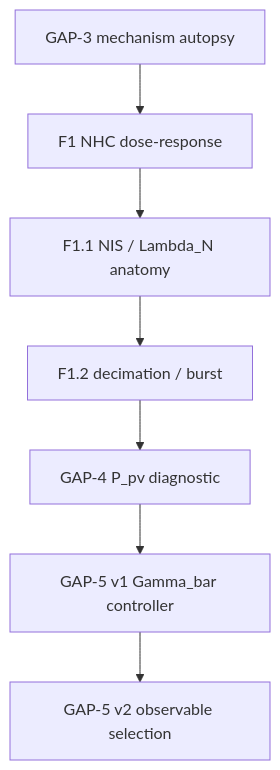
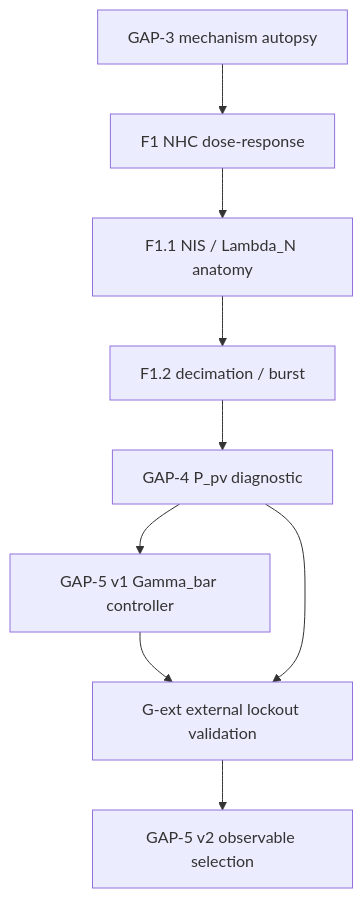
Before and after one commit to Juanki58/NaviCore-3D: the diagram in docs/diagnostics/reference/RESEARCH_MAP.md, drawn with Mermaid. The commit also changed other lines of this file and 29 other files, not shown here.

````diff
--- a/docs/diagnostics/reference/RESEARCH_MAP.md
+++ b/docs/diagnostics/reference/RESEARCH_MAP.md
@@ -11,17 +11,20 @@
 ```mermaid
 flowchart TD
   G3[GAP-3 mechanism autopsy]
   F1[F1 NHC dose-response]
   F11[F1.1 NIS / Lambda_N anatomy]
   F12[F1.2 decimation / burst]
   G4[GAP-4 P_pv diagnostic]
   G5v1[GAP-5 v1 Gamma_bar controller]
+  GEXT[G-ext external lockout validation]
   G5v2[GAP-5 v2 observable selection]
 
   G3 --> F1
   F1 --> F11
   F11 --> F12
   F12 --> G4
   G4 --> G5v1
-  G5v1 --> G5v2
+  G5v1 --> GEXT
+  G4 --> GEXT
+  GEXT --> G5v2
 ```
````
